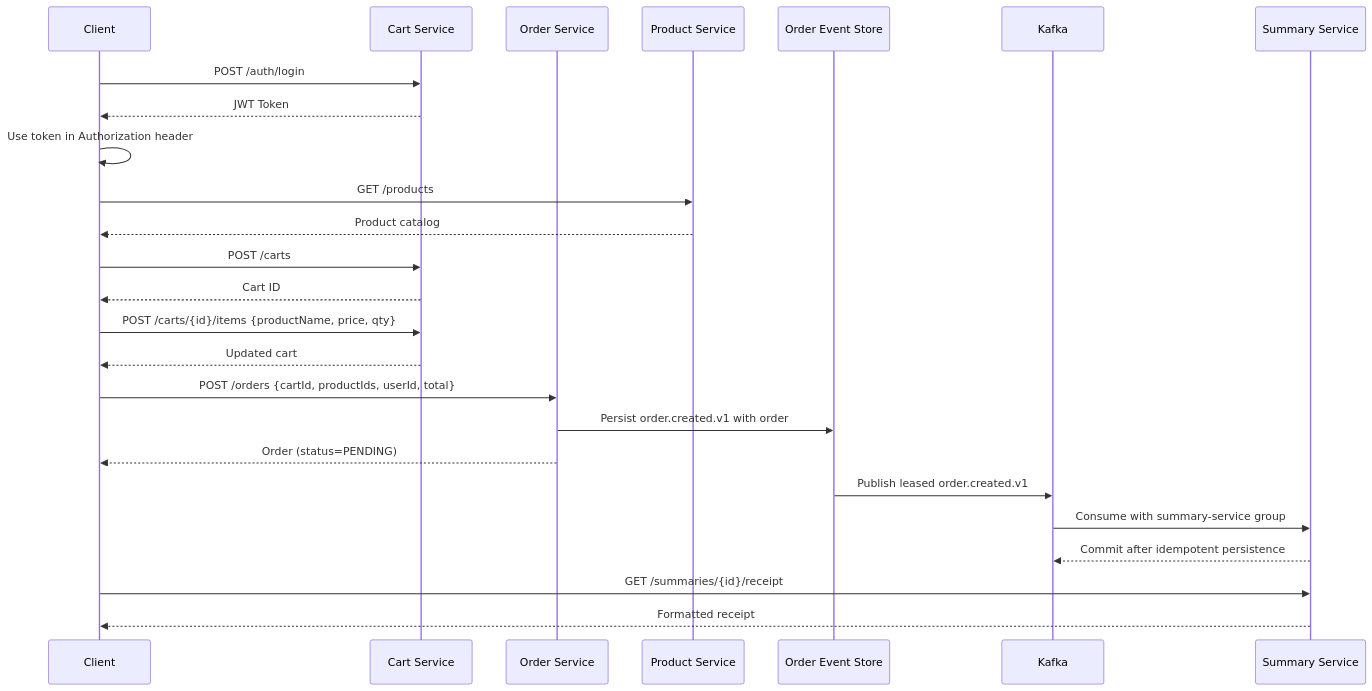
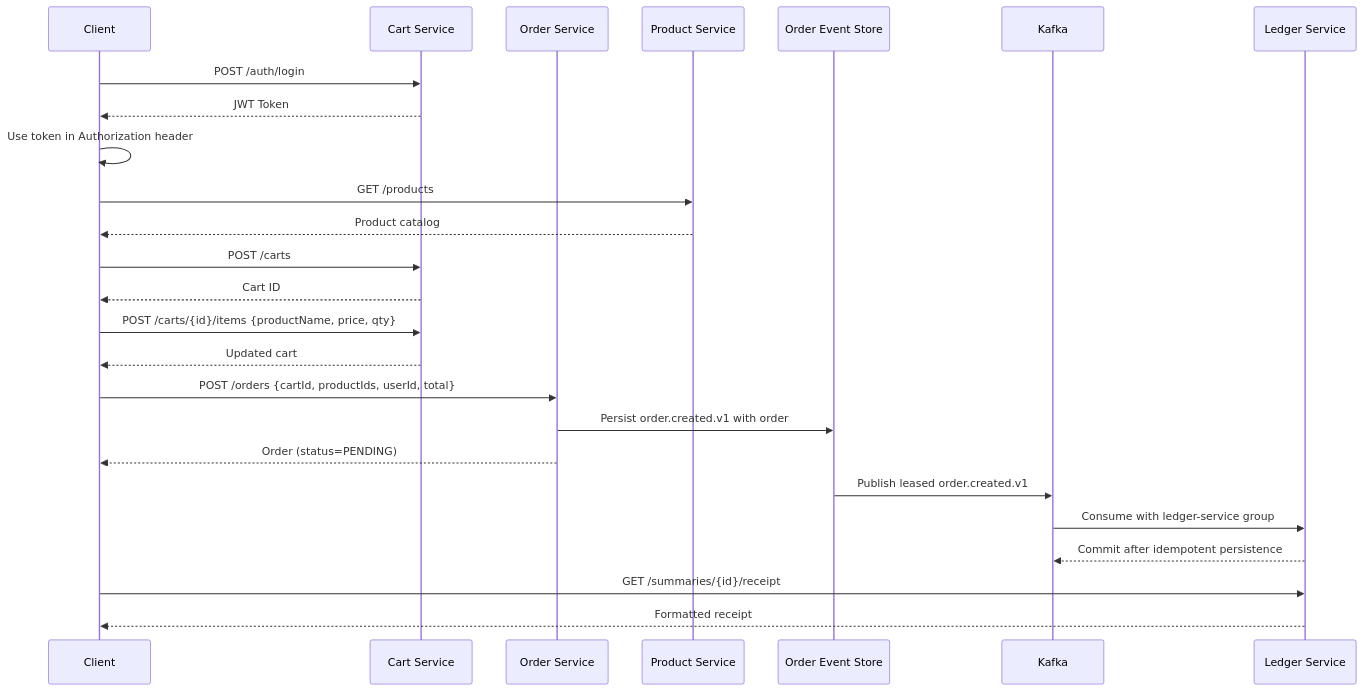
One commit to tukue/grocery-microservices changed the third of 3 diagrams in README.md. Above: the diagram before and after it, drawn with Mermaid. The commit also changed other lines of this file and 63 other files, not shown here.

First line of the commit message:
Feature/rename summary to ledger service (#76)

````diff
--- a/README.md
+++ b/README.md
@@ -226,35 +226,35 @@
 ```mermaid
 sequenceDiagram
     participant Client
     participant Cart as Cart Service
     participant Order as Order Service
     participant Product as Product Service
     participant EventStore as Order Event Store
     participant Kafka
-    participant Summary as Summary Service
+    participant Summary as Ledger Service
 
     Client->>Cart: POST /auth/login
     Cart-->>Client: JWT Token
 
     Client->>Client: Use token in Authorization header
 
     Client->>Product: GET /products
     Product-->>Client: Product catalog
 
     Client->>Cart: POST /carts
     Cart-->>Client: Cart ID
 
     Client->>Cart: POST /carts/{id}/items {productName, price, qty}
     Cart-->>Client: Updated cart
 
     Client->>Order: POST /orders {cartId, productIds, userId, total}
     Order->>EventStore: Persist order.created.v1 with order
     Order-->>Client: Order (status=PENDING)
 
     EventStore->>Kafka: Publish leased order.created.v1
-    Kafka->>Summary: Consume with summary-service group
+    Kafka->>Summary: Consume with ledger-service group
     Summary-->>Kafka: Commit after idempotent persistence
 
     Client->>Summary: GET /summaries/{id}/receipt
     Summary-->>Client: Formatted receipt
 ```
````
